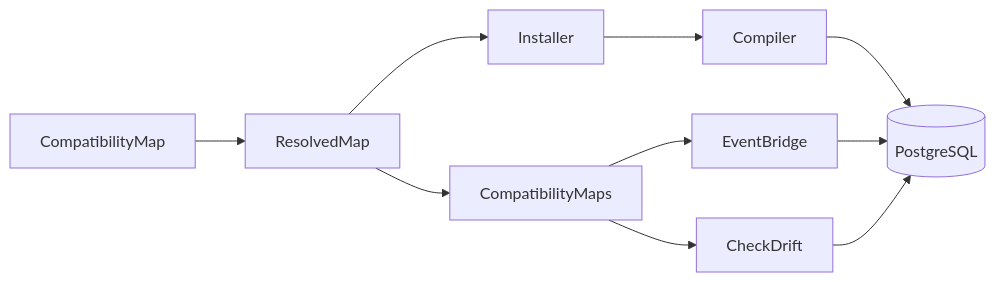
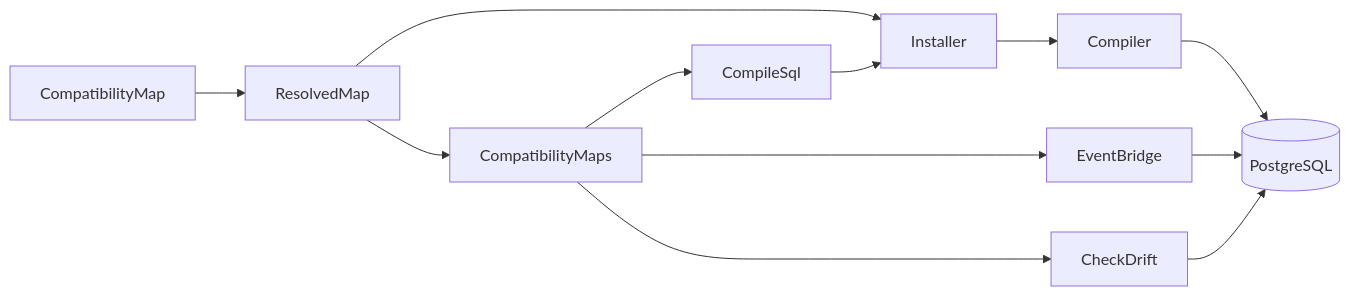
Before and after one commit to AryeoHQ/eloquent-compatibility: the diagram in docs/architecture.md, drawn with Mermaid. The commit also changed other lines of this file and 17 other files, not shown here.

First line of the commit message:
feat(console): print a compatibility map's SQL before a migration

````diff
--- a/docs/architecture.md
+++ b/docs/architecture.md
@@ -36,12 +37,14 @@
 ```mermaid
 flowchart LR
   Map["CompatibilityMap"] --> Resolved["ResolvedMap"]
   Resolved --> Installer
   Installer --> Compiler
   Compiler --> Database[("PostgreSQL")]
   Resolved --> Registry["CompatibilityMaps"]
   Registry --> Bridge["EventBridge"]
   Registry --> Check["CheckDrift"]
+  Registry --> Print["CompileSql"]
+  Print --> Installer
   Bridge --> Database
   Check --> Database
 ```
````
